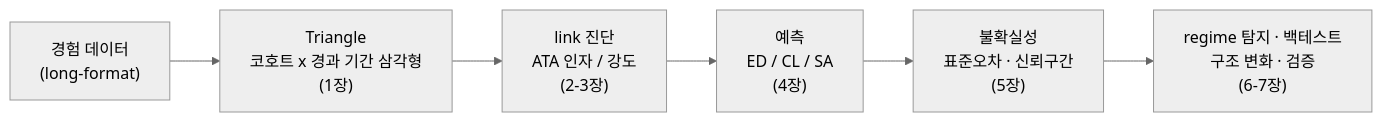
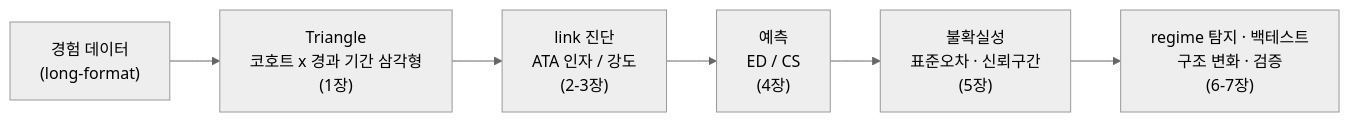
Before and after one commit to seokhoonj/lossratio: the diagram in docs/tutorial/index.md, drawn with Mermaid (neutral theme). The commit also changed other lines of this file and 10 other files, not shown here.

````diff
--- a/docs/tutorial/index.md
+++ b/docs/tutorial/index.md
@@ -19,8 +19,8 @@
 ```{mermaid}
 flowchart LR
   A["경험 데이터<br/>(long-format)"] --> B["Triangle<br/>코호트 x 경과 기간 삼각형<br/>(1장)"]
   B --> C["link 진단<br/>ATA 인자 / 강도<br/>(2-3장)"]
-  C --> D["예측<br/>ED / CL / SA<br/>(4장)"]
+  C --> D["예측<br/>ED / CS<br/>(4장)"]
   D --> E["불확실성<br/>표준오차 · 신뢰구간<br/>(5장)"]
   E --> F["regime 탐지 · 백테스트<br/>구조 변화 · 검증<br/>(6-7장)"]
 ```
````
